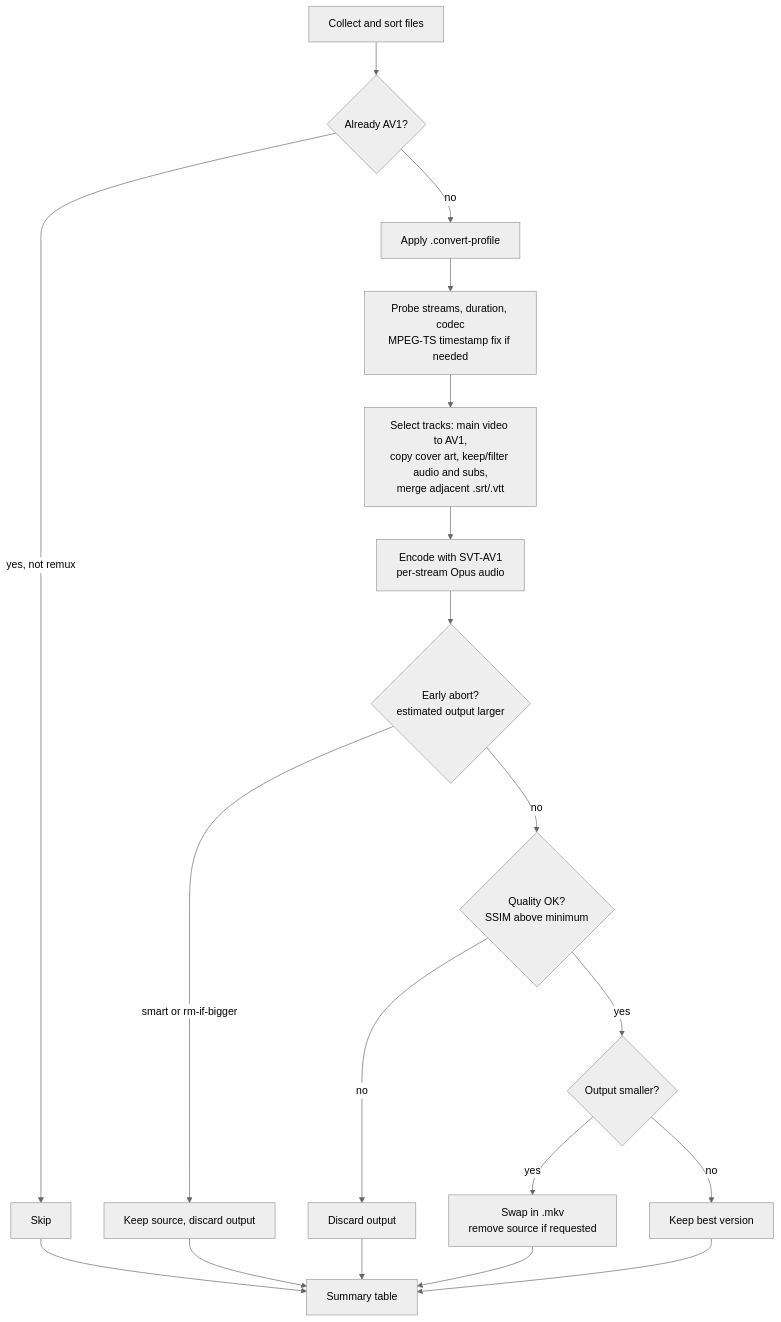
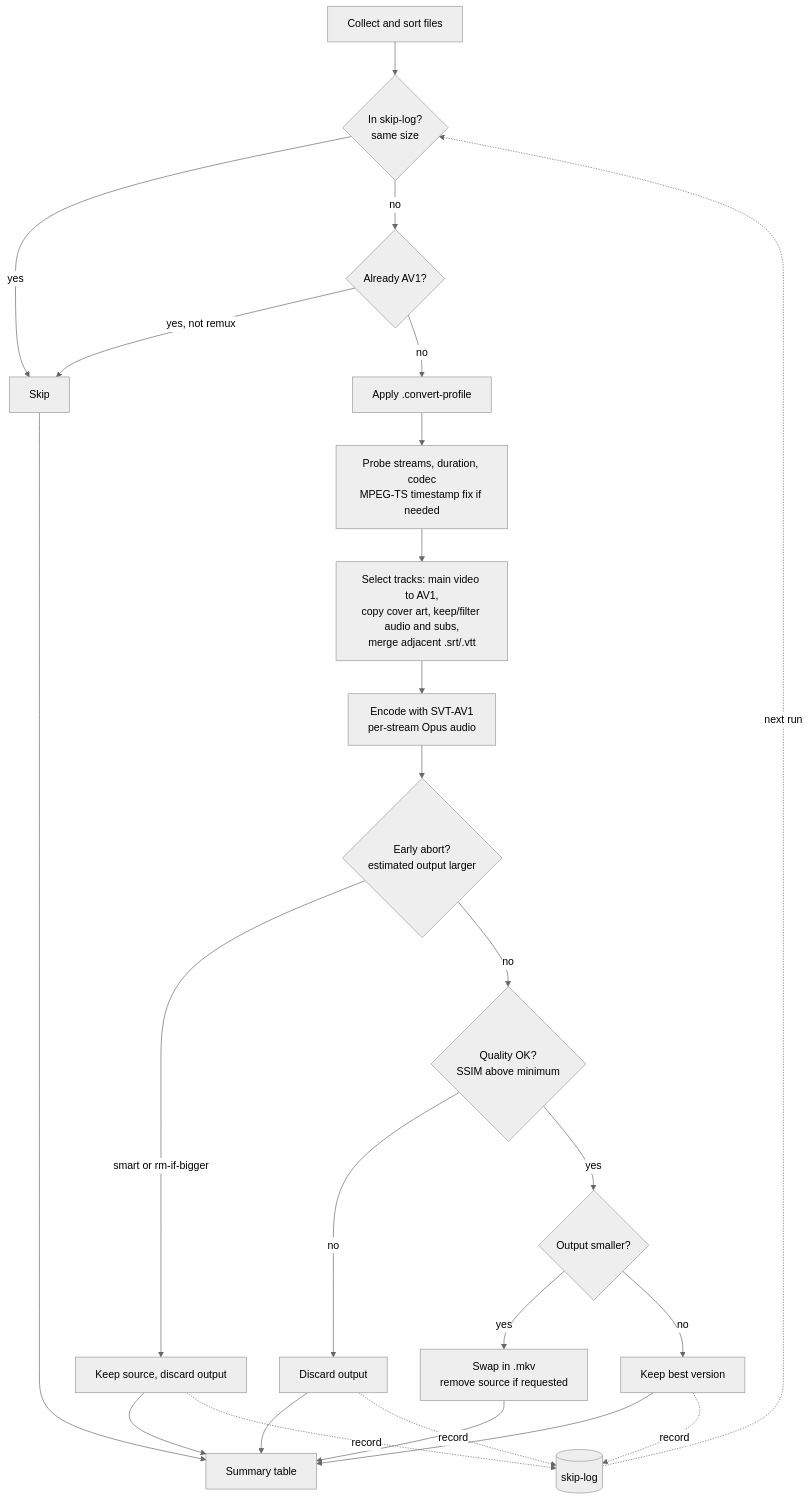
The diagram in README.md (janroudaut/convert-to-av1), drawn with Mermaid (neutral theme) before and after one commit. The commit also changed other lines of this file, not shown here.

Commit message:
docs: reflect skip-log in the How-it-works diagram
Add the "In skip-log?" entry gate and the record/next-run loop to the Mermaid
flowchart, and mention the skip-log in the Skip step.

````diff
--- a/README.md
+++ b/README.md
@@ -246,21 +246,27 @@
 ```mermaid
 flowchart TD
-    A[Collect and sort files] --> B{Already AV1?}
-    B -- yes, not remux --> SKIP[Skip]
+    A[Collect and sort files] --> SL{In skip-log?<br/>same size}
+    SL -- yes --> SKIP[Skip]
+    SL -- no --> B{Already AV1?}
+    B -- yes, not remux --> SKIP
     B -- no --> PROF[Apply .convert-profile]
     PROF --> PROBE[Probe streams, duration, codec<br/>MPEG-TS timestamp fix if needed]
     PROBE --> MAP[Select tracks: main video to AV1,<br/>copy cover art, keep/filter audio and subs,<br/>merge adjacent .srt/.vtt]
     MAP --> ENC[Encode with SVT-AV1<br/>per-stream Opus audio]
     ENC --> EA{Early abort?<br/>estimated output larger}
     EA -- smart or rm-if-bigger --> KEEPSRC[Keep source, discard output]
     EA -- no --> QC{Quality OK?<br/>SSIM above minimum}
     QC -- no --> DROP[Discard output]
     QC -- yes --> SIZE{Output smaller?}
     SIZE -- yes --> DONE[Swap in .mkv<br/>remove source if requested]
     SIZE -- no --> BEST[Keep best version]
     SKIP --> SUM[Summary table]
     KEEPSRC --> SUM
     DROP --> SUM
     DONE --> SUM
     BEST --> SUM
+    KEEPSRC -.record.-> LOG[(skip-log)]
+    DROP -.record.-> LOG
+    BEST -.record.-> LOG
+    LOG -.next run.-> SL
 ```
````
